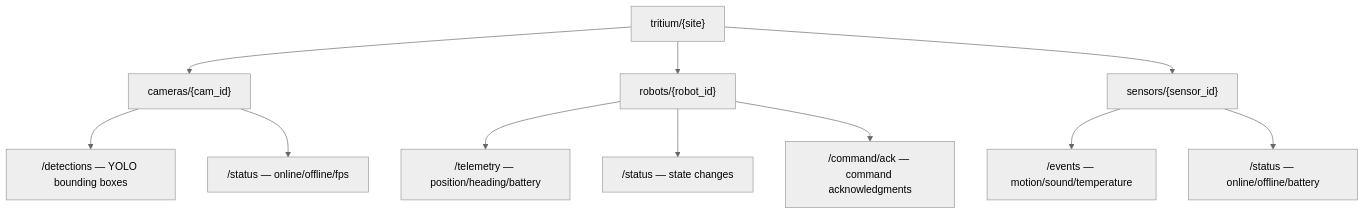
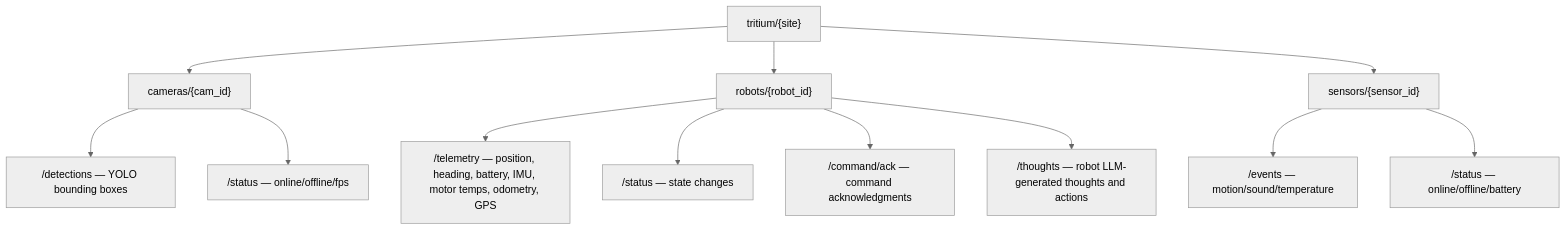
The second of 3 diagrams in docs/MQTT.md (mvalancy/tritium-sc), drawn with Mermaid (neutral theme) before and after one commit. The commit also changed other lines of this file and 29 other files, not shown here.

````diff
--- a/docs/MQTT.md
+++ b/docs/MQTT.md
@@ -94,16 +94,17 @@
 ```mermaid
 graph TD
     A["tritium/{site}"] --> B["cameras/{cam_id}"]
     A --> C["robots/{robot_id}"]
     A --> D["sensors/{sensor_id}"]
 
     B --> B1["/detections — YOLO bounding boxes"]
     B --> B2["/status — online/offline/fps"]
 
-    C --> C1["/telemetry — position/heading/battery"]
+    C --> C1["/telemetry — position, heading, battery, IMU, motor temps, odometry, GPS"]
     C --> C2["/status — state changes"]
     C --> C3["/command/ack — command acknowledgments"]
+    C --> C4["/thoughts — robot LLM-generated thoughts and actions"]
 
     D --> D1["/events — motion/sound/temperature"]
     D --> D2["/status — online/offline/battery"]
 ```
````
